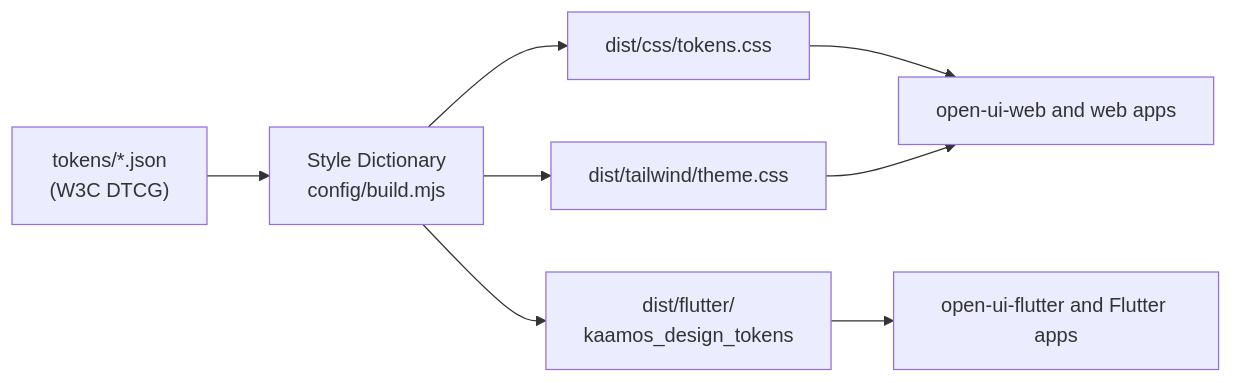
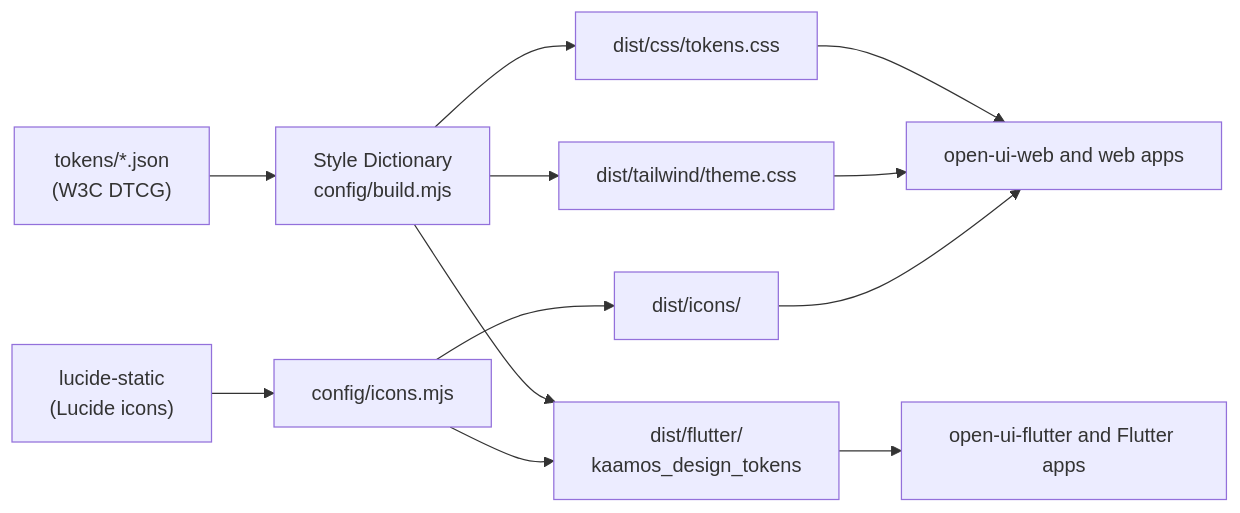
The diagram in docs/README.md (kaamos-project/open-design-tokens), drawn with Mermaid before and after one commit. The commit also changed other lines of this file and 19 other files, not shown here.

````diff
--- a/docs/README.md
+++ b/docs/README.md
@@ -5,10 +5,14 @@
 ```mermaid
 flowchart LR
     src["tokens/*.json<br/>(W3C DTCG)"] --> sd["Style Dictionary<br/>config/build.mjs"]
     sd --> css["dist/css/tokens.css"]
     sd --> tw["dist/tailwind/theme.css"]
     sd --> dart["dist/flutter/<br/>kaamos_design_tokens"]
     css --> web["open-ui-web and web apps"]
     tw --> web
     dart --> flutter["open-ui-flutter and Flutter apps"]
+    lucide["lucide-static<br/>(Lucide icons)"] --> icons["config/icons.mjs"]
+    icons --> dart
+    icons --> webicons["dist/icons/"]
+    webicons --> web
 ```
````
